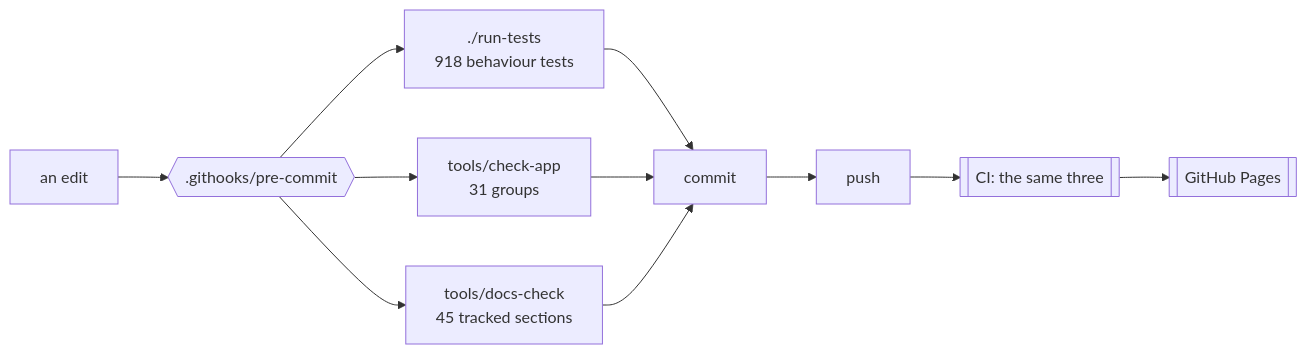
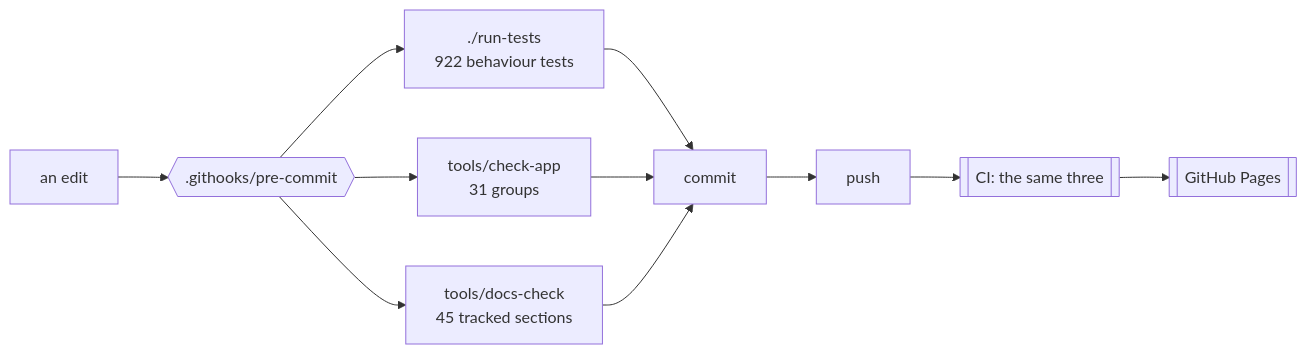
The first of 3 diagrams in docs/DEVELOPING.md (minormending/crystal-pilot-mobile), drawn with Mermaid before and after one commit. The commit also changed other lines of this file and 1 other file, not shown here.

````diff
--- a/docs/DEVELOPING.md
+++ b/docs/DEVELOPING.md
@@ -15,12 +15,12 @@
 ```mermaid
 flowchart LR
     E[an edit] --> H{{".githooks/pre-commit"}}
-    H --> T["./run-tests<br/>918 behaviour tests"]
+    H --> T["./run-tests<br/>922 behaviour tests"]
     H --> C["tools/check-app<br/>31 groups"]
     H --> D["tools/docs-check<br/>45 tracked sections"]
     T --> OK[commit]
     C --> OK
     D --> OK
     OK --> P[push] --> CI[["CI: the same three"]]
     CI --> PG[[GitHub Pages]]
 ```
````
